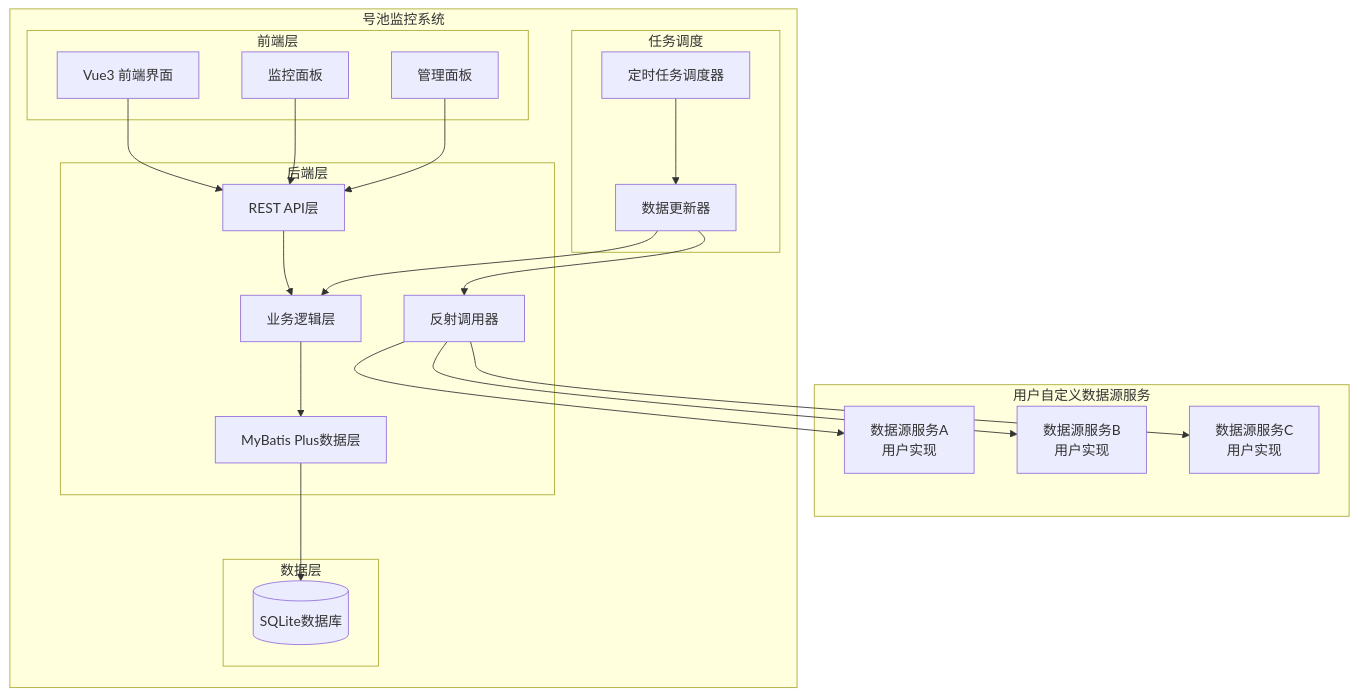
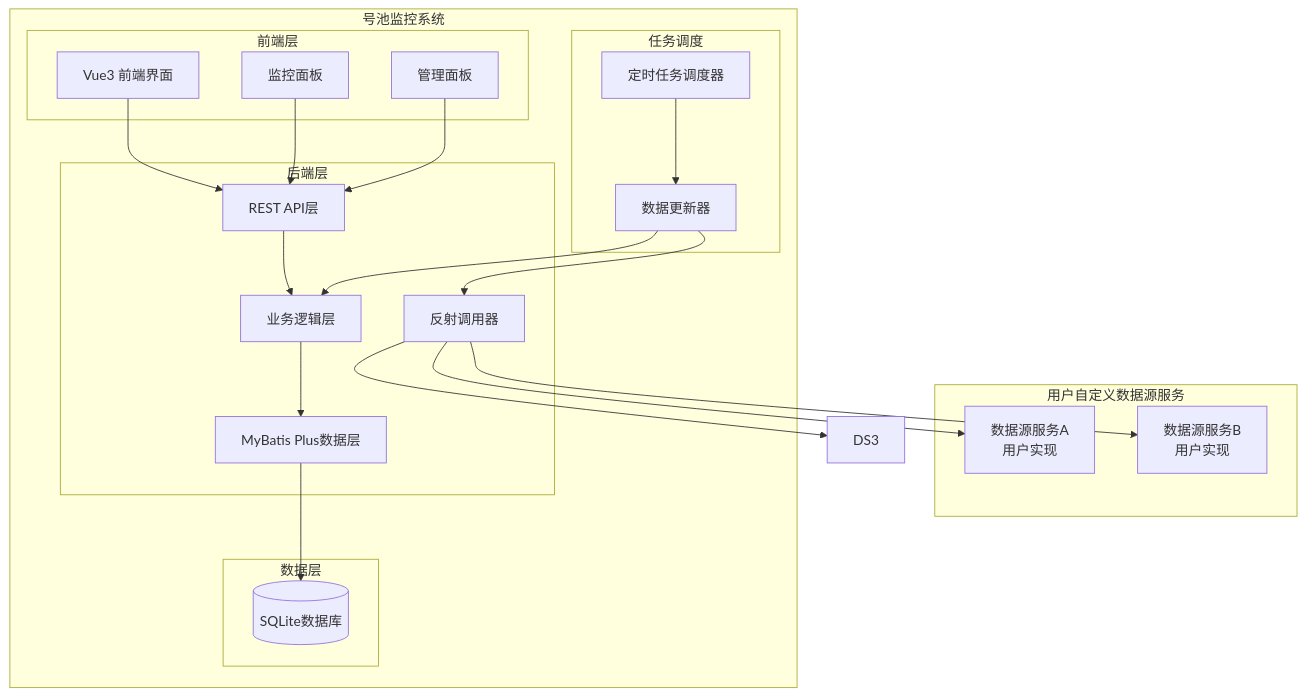
One commit to faithererer/pool-status-dashboard changed the diagram in README.md. Above: the diagram before and after it, drawn with Mermaid.

````diff
--- a/README.md
+++ b/README.md
@@ -90,49 +90,48 @@
 ```mermaid
 graph TB
     subgraph "用户自定义数据源服务"
         DS1[数据源服务A<br/>用户实现]
         DS2[数据源服务B<br/>用户实现]
-        DS3[数据源服务C<br/>用户实现]
     end
     
     subgraph "号池监控系统"
         subgraph "前端层"
             UI[Vue3 前端界面]
             DASH[监控面板]
             MGMT[管理面板]
         end
         
         subgraph "后端层"
             API[REST API层]
             BIZ[业务逻辑层]
             REFLECT[反射调用器]
             DATA[MyBatis Plus数据层]
         end
         
         subgraph "数据层"
             DB[(SQLite数据库)]
         end
         
         subgraph "任务调度"
             SCHED[定时任务调度器]
             UPDATE[数据更新器]
         end
     end
     
     UI --> API
     DASH --> API
     MGMT --> API
     
     API --> BIZ
     BIZ --> DATA
     DATA --> DB
     
     SCHED --> UPDATE
     UPDATE --> REFLECT
     REFLECT --> DS1
     REFLECT --> DS2
     REFLECT --> DS3
     
     UPDATE --> BIZ
 
 ```
````
